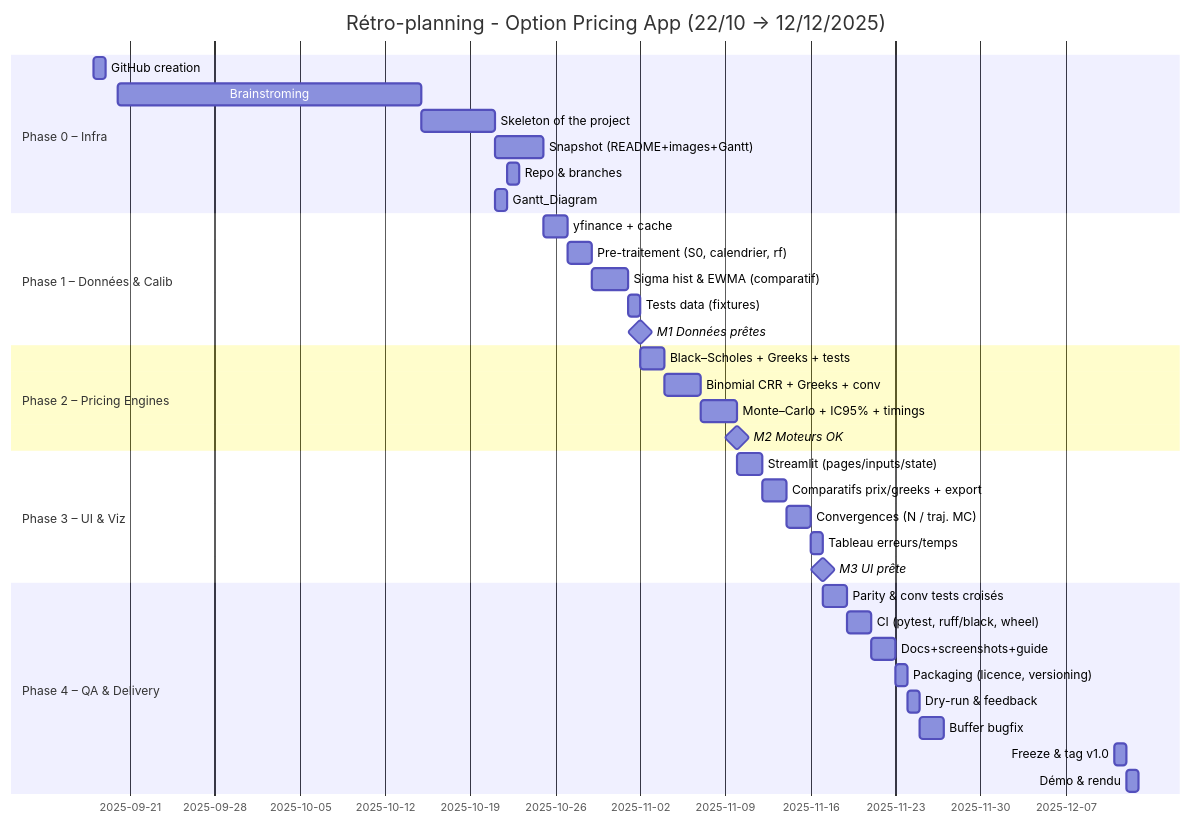
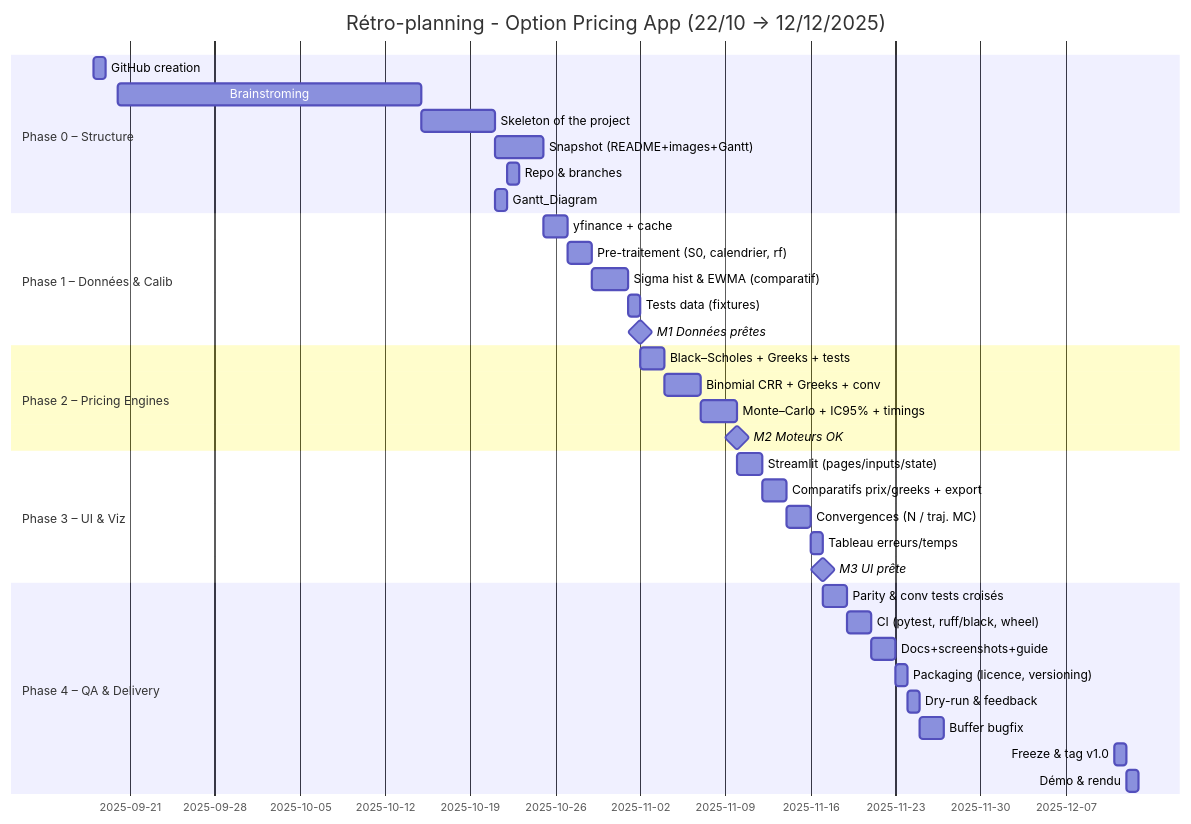
The diagram in roadmap/Gantt_Diagram.md (Karam-Benameur/stream_options), drawn with Mermaid before and after one commit.

````diff
--- a/roadmap/Gantt_Diagram.md
+++ b/roadmap/Gantt_Diagram.md
@@ -1,45 +1,45 @@
 ```mermaid
 gantt
     title Rétro-planning - Option Pricing App (22/10 → 12/12/2025)
     dateFormat  YYYY-MM-DD
 
-    section Phase 0 – Infra
+    section Phase 0 – Structure 
     GitHub creation                     :s1, 2025-09-18, 1d
     Brainstroming                       :s2, 2025-09-20, 25d
     Skeleton of the project             :s3, 2025-10-15, 6d
     Snapshot (README+images+Gantt)      :s4, 2025-10-21, 4d
     Repo & branches                     :s5, 2025-10-22, 1d
     Gantt_Diagram                       :s6, 2025-10-21, 1d
 
     section Phase 1 – Données & Calib
     yfinance + cache                     :d1, after s4, 2d
     Pre-traitement (S0, calendrier, rf)  :d2, after d1, 2d
     Sigma hist & EWMA (comparatif)       :d3, after d2, 3d
     Tests data (fixtures)                :d4, after d3, 1d
     M1 Données prêtes                    :milestone, m1, after d4, 0d
 
     section Phase 2 – Pricing Engines
     Black–Scholes + Greeks + tests       :p1, after m1, 2d
     Binomial CRR + Greeks + conv         :p2, after p1, 3d
     Monte–Carlo + IC95% + timings        :p3, after p2, 3d
     M2 Moteurs OK                        :milestone, m2, after p3, 0d
 
     section Phase 3 – UI & Viz
     Streamlit (pages/inputs/state)       :u1, after m2, 2d
     Comparatifs prix/greeks + export     :u2, after u1, 2d
     Convergences (N / traj. MC)          :u3, after u2, 2d
     Tableau erreurs/temps                :u4, after u3, 1d
     M3 UI prête                          :milestone, m3, after u4, 0d
 
     section Phase 4 – QA & Delivery
     Parity & conv tests croisés          :q1, after m3, 2d
     CI (pytest, ruff/black, wheel)       :q2, after q1, 2d
     Docs+screenshots+guide               :q3, after q2, 2d
     Packaging (licence, versioning)      :q4, after q3, 1d
     Dry-run & feedback                   :q5, after q4, 1d
     Buffer bugfix                        :q6, after q5, 2d
     Freeze & tag v1.0                    :rel, 2025-12-11, 1d
     Démo & rendu                         :fin, 2025-12-12, 1d
 
 
 ```
````
